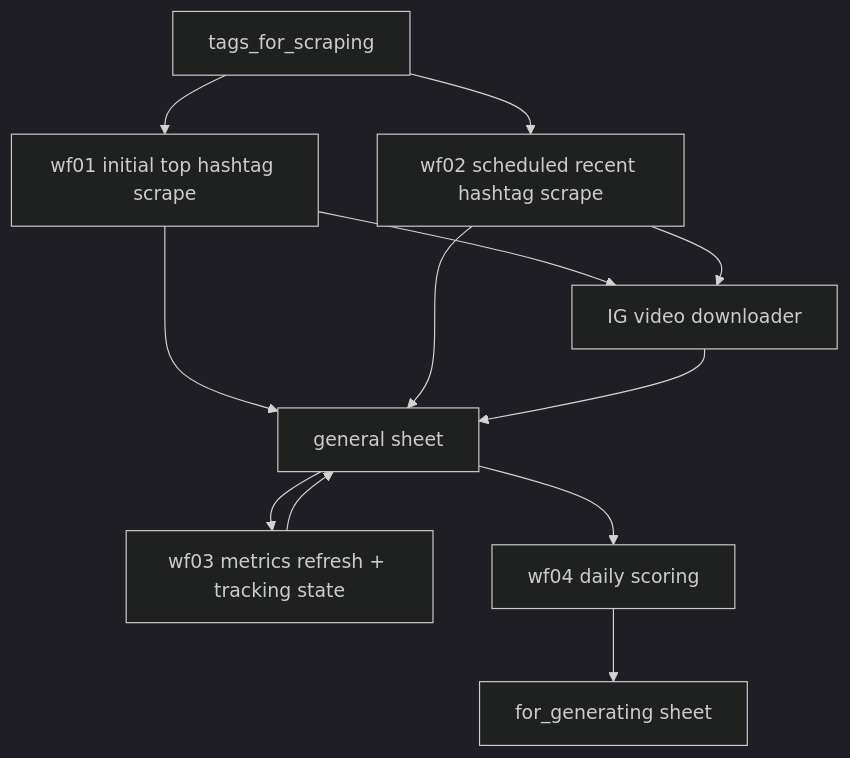
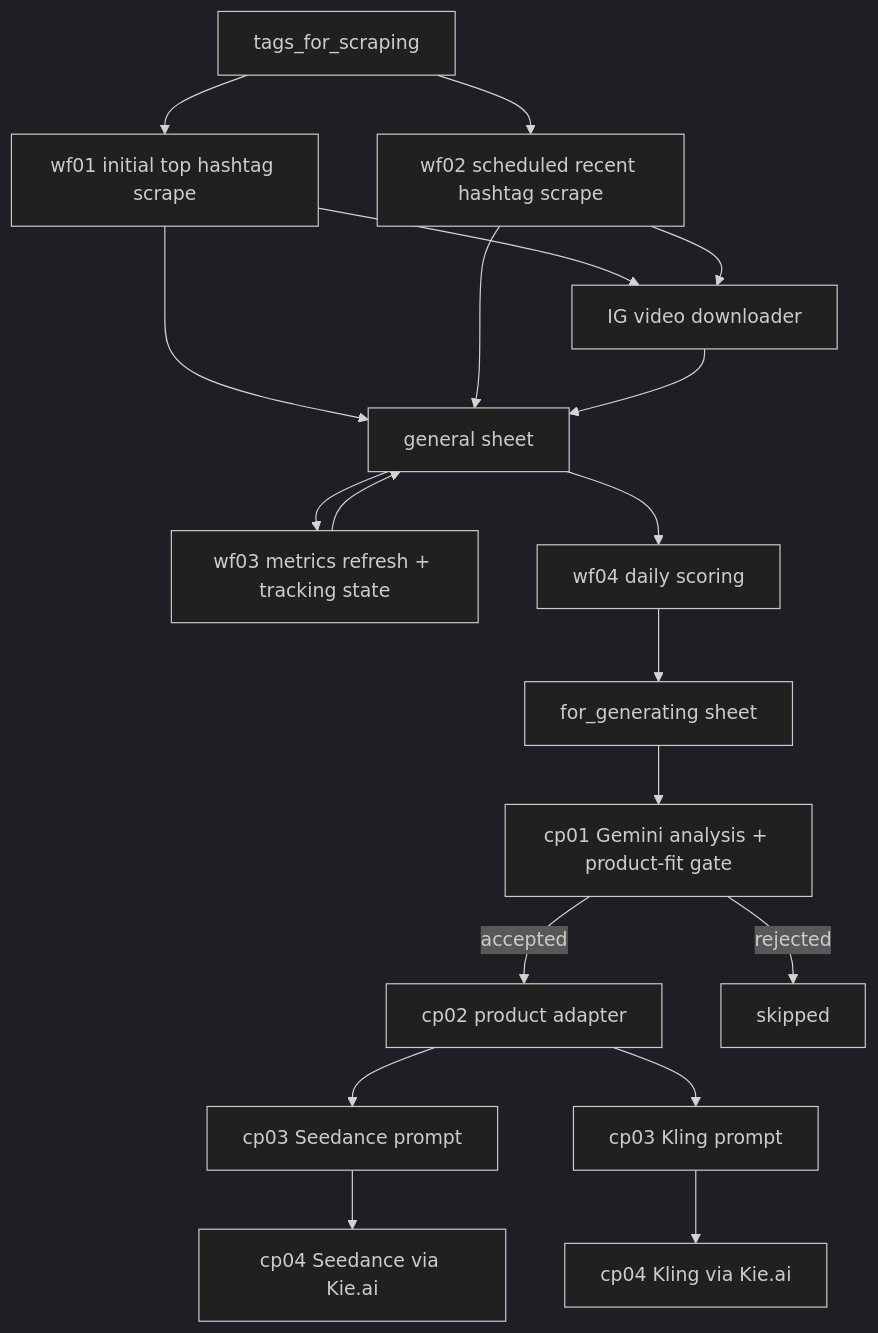
One commit to KhatkevichKirill/Instagram_Trend_to_Creative_Pipeline changed the diagram in README.md. Above: the diagram before and after it, drawn with Mermaid (dark theme). The commit also changed other lines of this file and 15 other files, not shown here.

````diff
--- a/README.md
+++ b/README.md
@@ -65,14 +67,21 @@
 ```mermaid
 flowchart TD
   A["tags_for_scraping"] --> B["wf01 initial top hashtag scrape"]
   A --> C["wf02 scheduled recent hashtag scrape"]
   B --> D["general sheet"]
   C --> D
   D --> E["wf03 metrics refresh + tracking state"]
   E --> D
   D --> F["wf04 daily scoring"]
   F --> G["for_generating sheet"]
   B --> H["IG video downloader"]
   C --> H
   H --> D
+  G --> I["cp01 Gemini analysis + product-fit gate"]
+  I -->|accepted| J["cp02 product adapter"]
+  I -->|rejected| K["skipped"]
+  J --> L["cp03 Seedance prompt"]
+  J --> M["cp03 Kling prompt"]
+  L --> N["cp04 Seedance via Kie.ai"]
+  M --> O["cp04 Kling via Kie.ai"]
 ```
````
